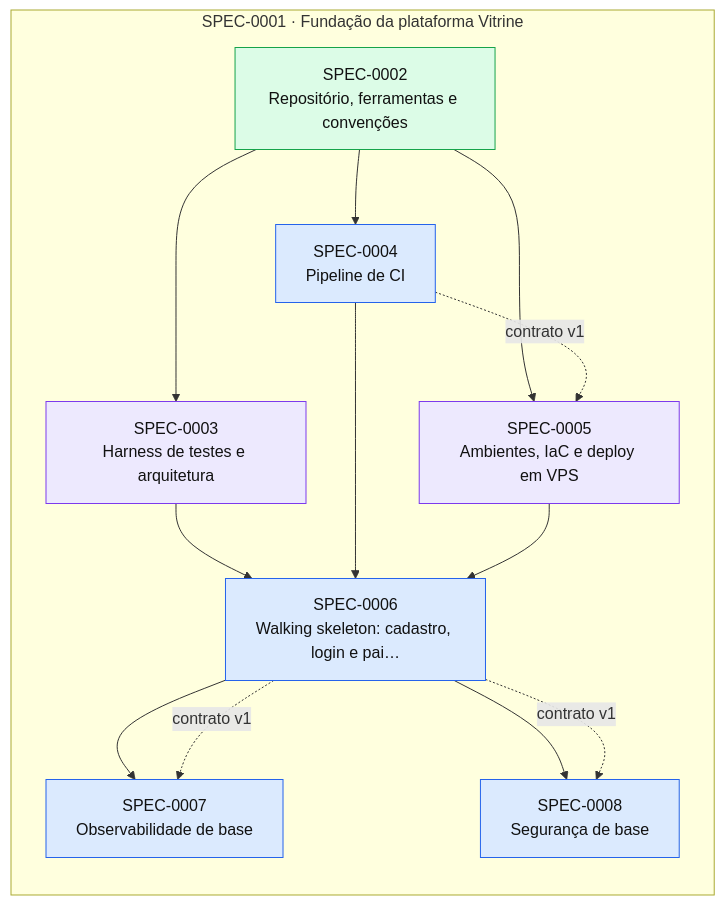
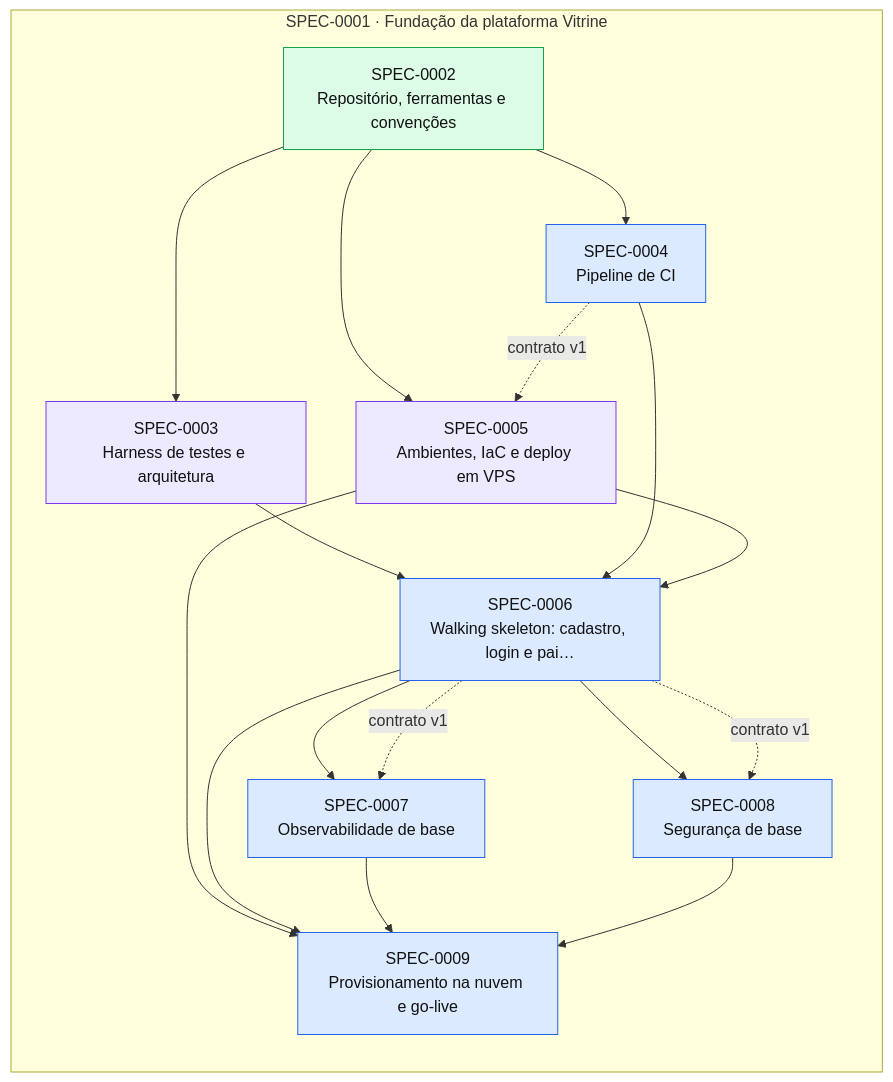
Before and after one commit to thomasravache/vitrine: the diagram in docs/specs/INDEX.md, drawn with Mermaid. The commit also changed other lines of this file and 6 other files, not shown here.

````diff
--- a/docs/specs/INDEX.md
+++ b/docs/specs/INDEX.md
@@ -61,28 +62,33 @@
 ```mermaid
 flowchart LR
   subgraph E0001["SPEC-0001 · Fundação da plataforma Vitrine"]
     S0002["SPEC-0002<br/>Repositório, ferramentas e convenções"]:::implemented
     S0003["SPEC-0003<br/>Harness de testes e arquitetura"]:::inprogress
     S0004["SPEC-0004<br/>Pipeline de CI"]:::approved
     S0005["SPEC-0005<br/>Ambientes, IaC e deploy em VPS"]:::inprogress
     S0006["SPEC-0006<br/>Walking skeleton: cadastro, login e pai…"]:::approved
     S0007["SPEC-0007<br/>Observabilidade de base"]:::approved
     S0008["SPEC-0008<br/>Segurança de base"]:::approved
+    S0009["SPEC-0009<br/>Provisionamento na nuvem e go-live"]:::approved
   end
   S0002 --> S0003
   S0002 --> S0004
   S0002 --> S0005
   S0004 -. contrato v1 .-> S0005
   S0003 --> S0006
   S0004 --> S0006
   S0005 --> S0006
   S0006 --> S0007
   S0006 -. contrato v1 .-> S0007
   S0006 --> S0008
   S0006 -. contrato v1 .-> S0008
+  S0005 --> S0009
+  S0006 --> S0009
+  S0007 --> S0009
+  S0008 --> S0009
   classDef proposed fill:#fef3c7,stroke:#d97706,color:#111
   classDef approved fill:#dbeafe,stroke:#2563eb,color:#111
   classDef inprogress fill:#ede9fe,stroke:#7c3aed,color:#111
   classDef implemented fill:#dcfce7,stroke:#16a34a,color:#111
   classDef deprecated fill:#f3f4f6,stroke:#9ca3af,color:#6b7280
 ```
````
